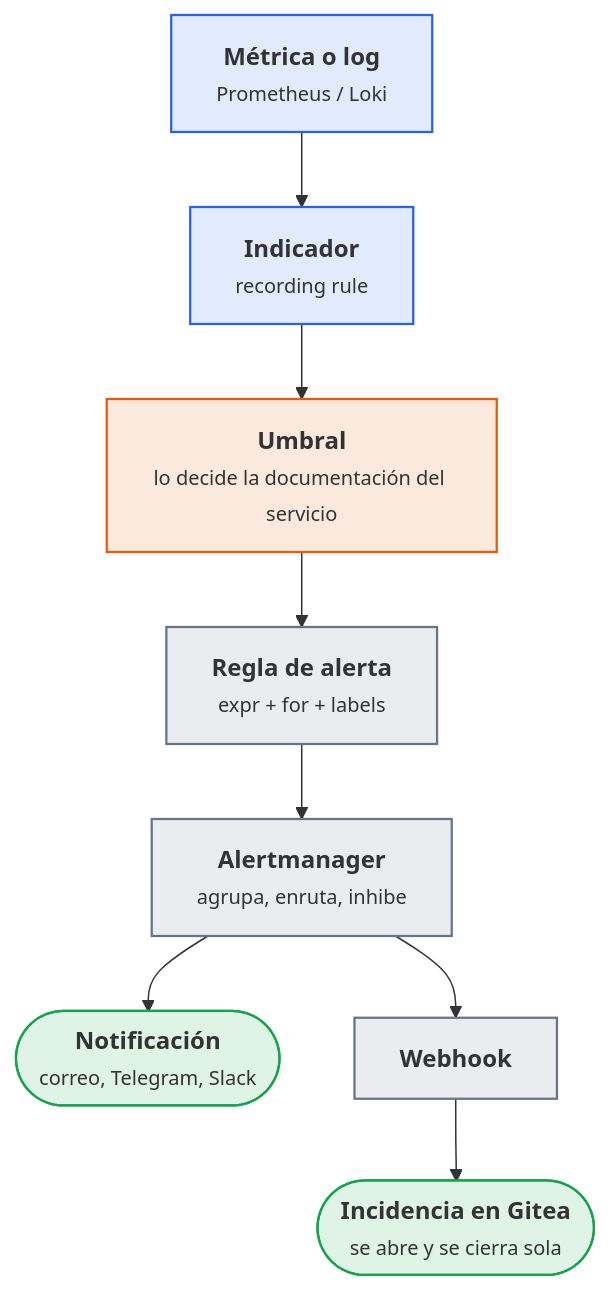
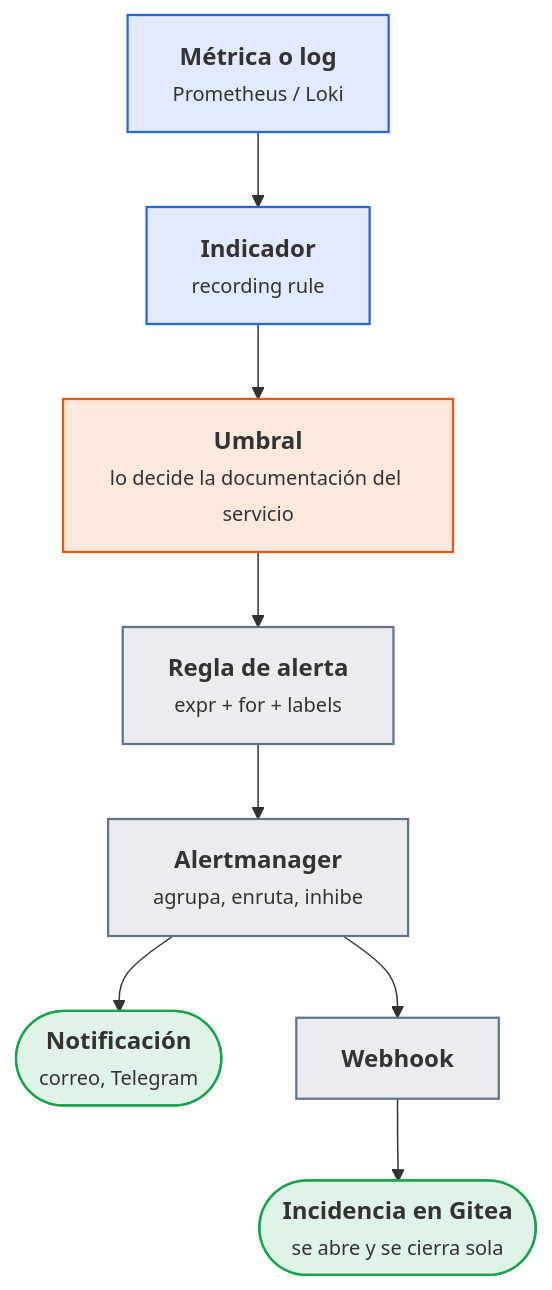
Before and after one commit to victor-educ/apuntes-5169: the first of 6 diagrams in docs/ut/ut2-alarmas.md, drawn with Mermaid. The commit also changed other lines of this file and 17 other files, not shown here.

````diff
--- a/docs/ut/ut2-alarmas.md
+++ b/docs/ut/ut2-alarmas.md
@@ -71,20 +73,20 @@
 ```mermaid
 flowchart TB
     M["<b>Métrica o log</b><br><small>Prometheus / Loki</small>"]:::dato
     I["<b>Indicador</b><br><small>recording rule</small>"]:::dato
     U["<b>Umbral</b><br><small>lo decide la documentación del servicio</small>"]:::act
     R["<b>Regla de alerta</b><br><small>expr + for + labels</small>"]:::pieza
     AM["<b>Alertmanager</b><br><small>agrupa, enruta, inhibe</small>"]:::pieza
-    N(["<b>Notificación</b><br><small>correo, Telegram, Slack</small>"]):::ok
+    N(["<b>Notificación</b><br><small>correo, Telegram</small>"]):::ok
     W["<b>Webhook</b>"]:::pieza
     T(["<b>Incidencia en Gitea</b><br><small>se abre y se cierra sola</small>"]):::ok
     M --> I --> U --> R --> AM
     AM --> N
     AM --> W --> T
     classDef act fill:#ea580c22,stroke:#ea580c,stroke-width:1.5px
     classDef pieza fill:#64748b22,stroke:#64748b,stroke-width:1.5px
     classDef dato fill:#2563eb22,stroke:#2563eb,stroke-width:1.5px
     classDef infra fill:#a1a1aa14,stroke:#a1a1aa,stroke-width:1.5px
     classDef ok fill:#16a34a22,stroke:#16a34a,stroke-width:1.5px
     classDef riesgo fill:#dc262622,stroke:#dc2626,stroke-width:1.5px
 ```
````
